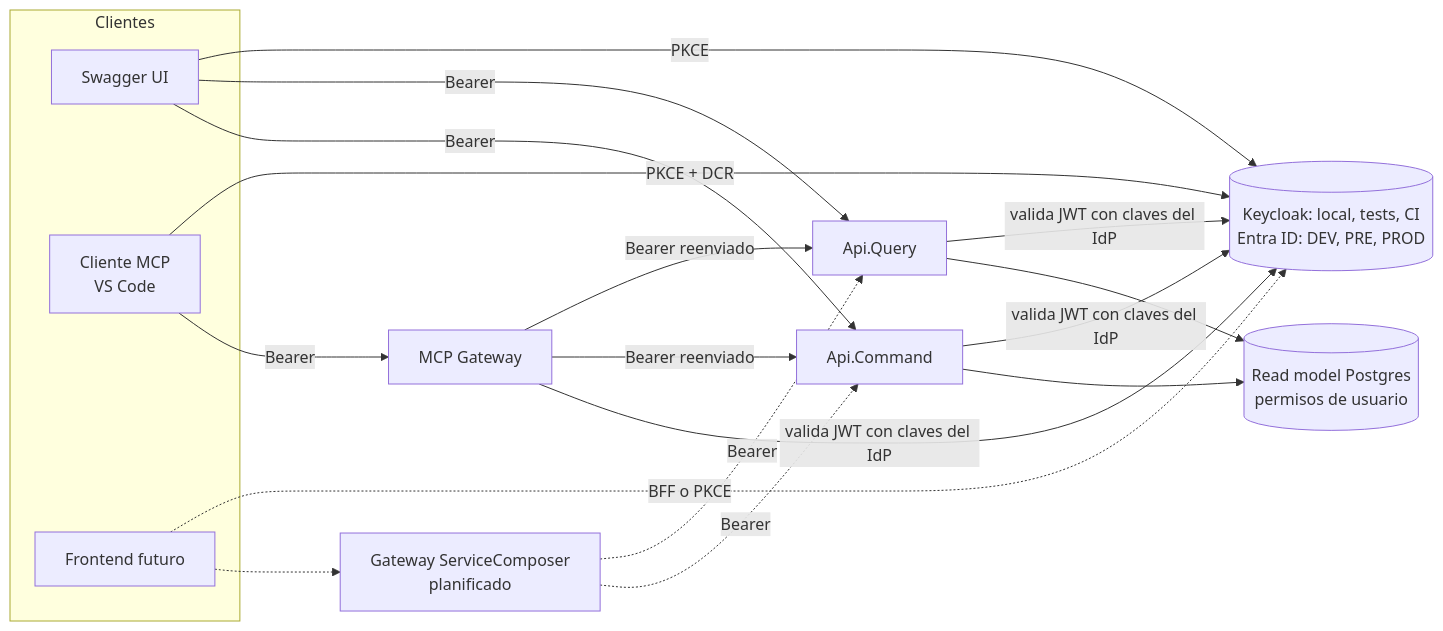
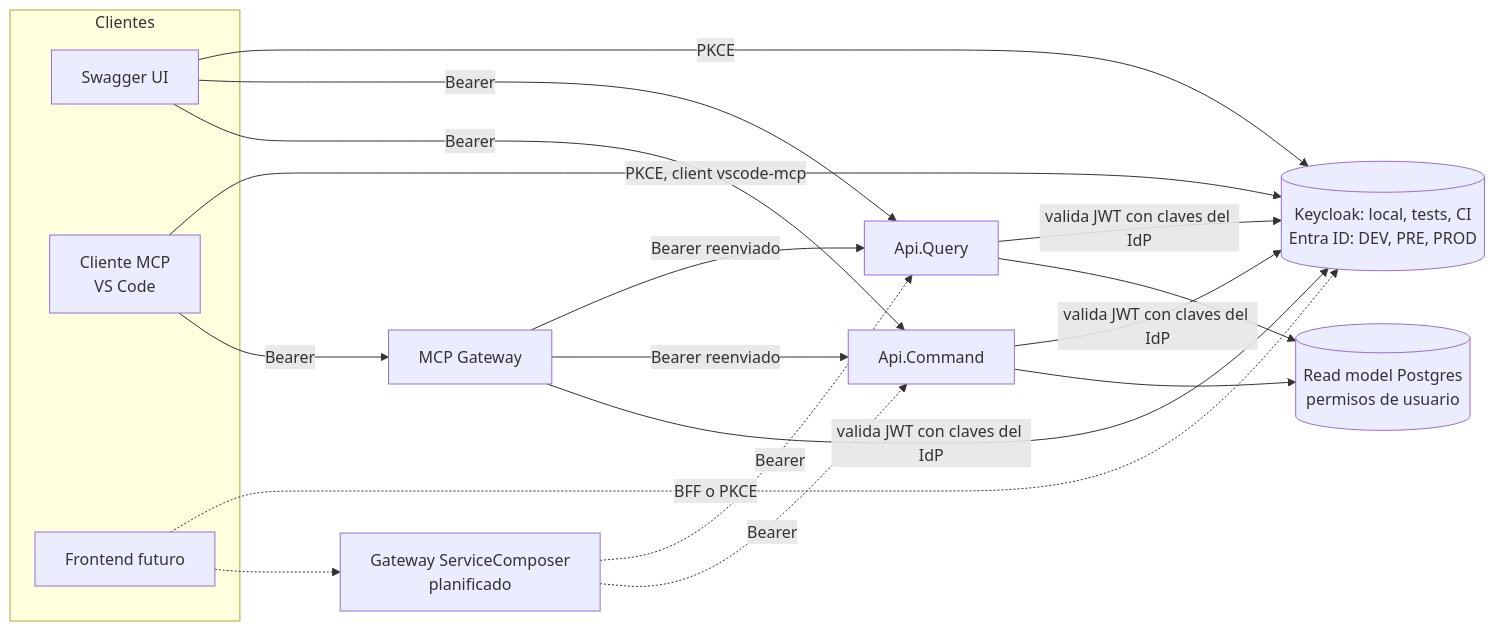
Before and after one commit to jordiaragonzaragoza/JordiAragonZaragoza.SharedKernel: the first of 3 diagrams in src/JordiAragonZaragoza.SharedKernel.Presentation.HttpRestfulApi/Identity/Authentication.es.md, drawn with Mermaid. The commit also changed other lines of this file and 2 other files, not shown here.

````diff
--- a/src/JordiAragonZaragoza.SharedKernel.Presentation.HttpRestfulApi/Identity/Authentication.es.md
+++ b/src/JordiAragonZaragoza.SharedKernel.Presentation.HttpRestfulApi/Identity/Authentication.es.md
@@ -81,34 +81,34 @@
 ```mermaid
 flowchart LR
     subgraph Clientes
         SW[Swagger UI]
         MC[Cliente MCP<br/>VS Code]
         FE[Frontend futuro]
     end
 
     IDP[(Keycloak: local, tests, CI<br/>Entra ID: DEV, PRE, PROD)]
     GW[Gateway ServiceComposer<br/>planificado]
     MCP[MCP Gateway]
     Q[Api.Query]
     C[Api.Command]
     RM[(Read model Postgres<br/>permisos de usuario)]
 
     SW -- PKCE --> IDP
-    MC -- PKCE + DCR --> IDP
+    MC -- PKCE, client vscode-mcp --> IDP
     FE -. BFF o PKCE .-> IDP
 
     SW -- Bearer --> Q
     SW -- Bearer --> C
     MC -- Bearer --> MCP
     FE -.-> GW
     GW -. Bearer .-> Q
     GW -. Bearer .-> C
     MCP -- Bearer reenviado --> Q
     MCP -- Bearer reenviado --> C
 
     Q -- valida JWT con claves del IdP --> IDP
     C -- valida JWT con claves del IdP --> IDP
     MCP -- valida JWT con claves del IdP --> IDP
     Q --> RM
     C --> RM
 ```
````
